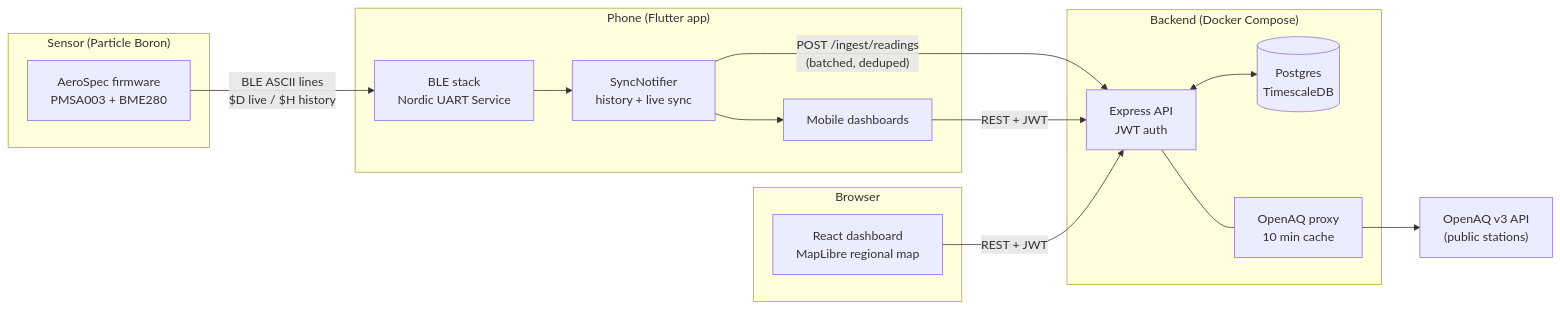
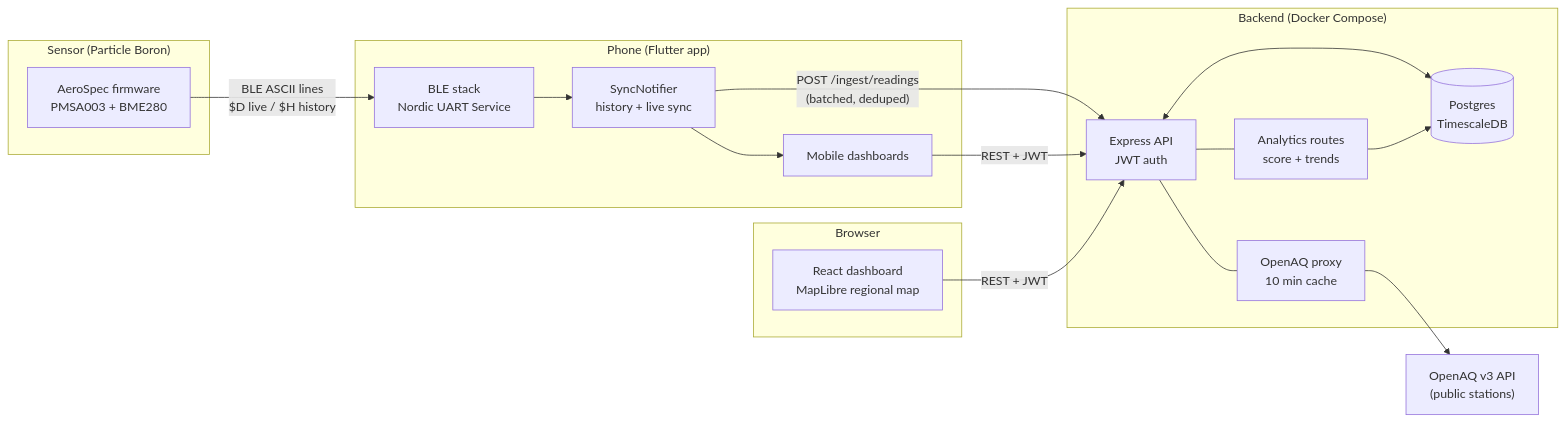
Before and after one commit to Hek846/aerospec: the first of 9 diagrams in docs/ARCHITECTURE.md, drawn with Mermaid. The commit also changed other lines of this file and 10 other files, not shown here.

First line of the commit message:
API: Air Quality Score analytics + device/neighborhood/city comparison

````diff
--- a/docs/ARCHITECTURE.md
+++ b/docs/ARCHITECTURE.md
@@ -18,34 +18,37 @@
 ```mermaid
 flowchart LR
     subgraph Field["Sensor (Particle Boron)"]
         FW["AeroSpec firmware<br/>PMSA003 + BME280"]
     end
 
     subgraph Phone["Phone (Flutter app)"]
         BLE["BLE stack<br/>Nordic UART Service"]
         SYNC["SyncNotifier<br/>history + live sync"]
         UI_M["Mobile dashboards"]
     end
 
     subgraph Cloud["Backend (Docker Compose)"]
         API["Express API<br/>JWT auth"]
         DB[("Postgres<br/>TimescaleDB")]
+        ANA["Analytics routes<br/>score + trends"]
         PROXY["OpenAQ proxy<br/>10 min cache"]
     end
 
     subgraph Browser["Browser"]
         WEB["React dashboard<br/>MapLibre regional map"]
     end
 
     OAQ["OpenAQ v3 API<br/>(public stations)"]
 
     FW -- "BLE ASCII lines<br/>$D live / $H history" --> BLE
     BLE --> SYNC
     SYNC -- "POST /ingest/readings<br/>(batched, deduped)" --> API
     SYNC --> UI_M
     UI_M -- "REST + JWT" --> API
     API <--> DB
+    API --- ANA
+    ANA --> DB
     WEB -- "REST + JWT" --> API
     PROXY --> OAQ
     API --- PROXY
 ```
````
